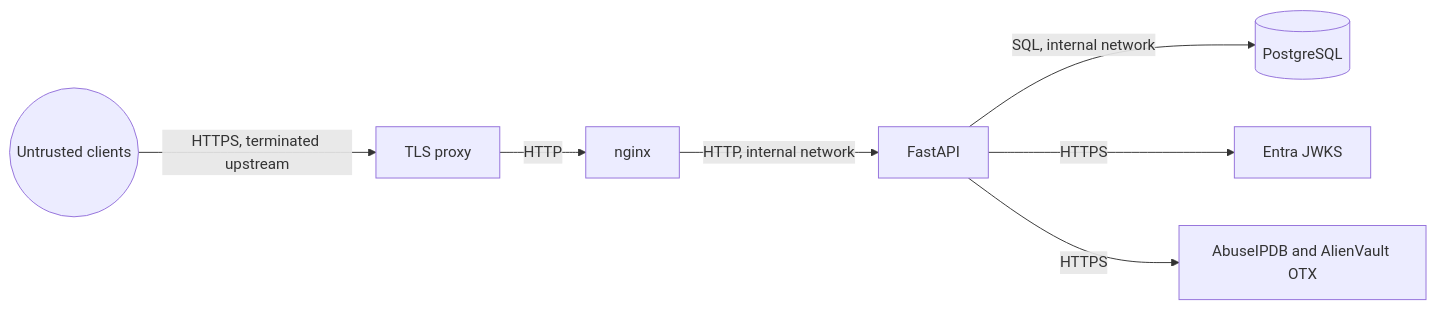
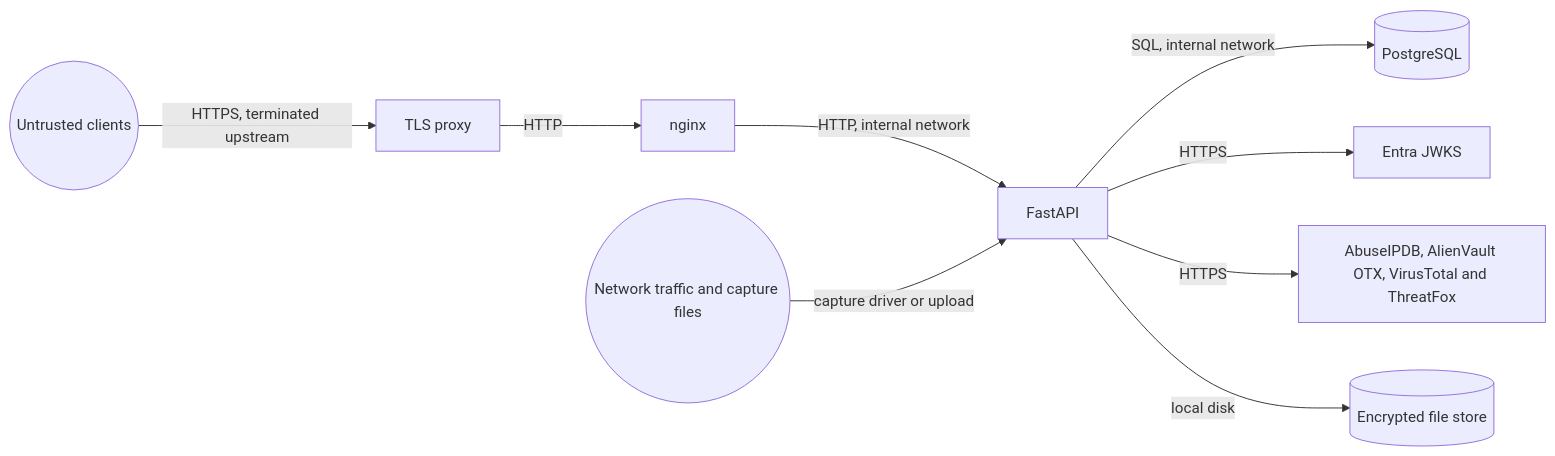
Before and after one commit to FireHeaven166114/CipherForge: the diagram in docs/threat-model.md, drawn with Mermaid. The commit also changed other lines of this file and 18 other files, not shown here.

````diff
--- a/docs/threat-model.md
+++ b/docs/threat-model.md
@@ -37,9 +54,11 @@
 ```mermaid
 flowchart LR
     Internet((Untrusted clients)) -->|HTTPS, terminated upstream| Proxy[TLS proxy]
     Proxy -->|HTTP| Nginx[nginx]
     Nginx -->|HTTP, internal network| API[FastAPI]
     API -->|SQL, internal network| DB[(PostgreSQL)]
     API -->|HTTPS| Entra[Entra JWKS]
-    API -->|HTTPS| Feeds[AbuseIPDB and AlienVault OTX]
+    API -->|HTTPS| Feeds[AbuseIPDB, AlienVault OTX, VirusTotal and ThreatFox]
+    API -->|local disk| Blobs[(Encrypted file store)]
+    Traffic((Network traffic and capture files)) -->|capture driver or upload| API
 ```
````
